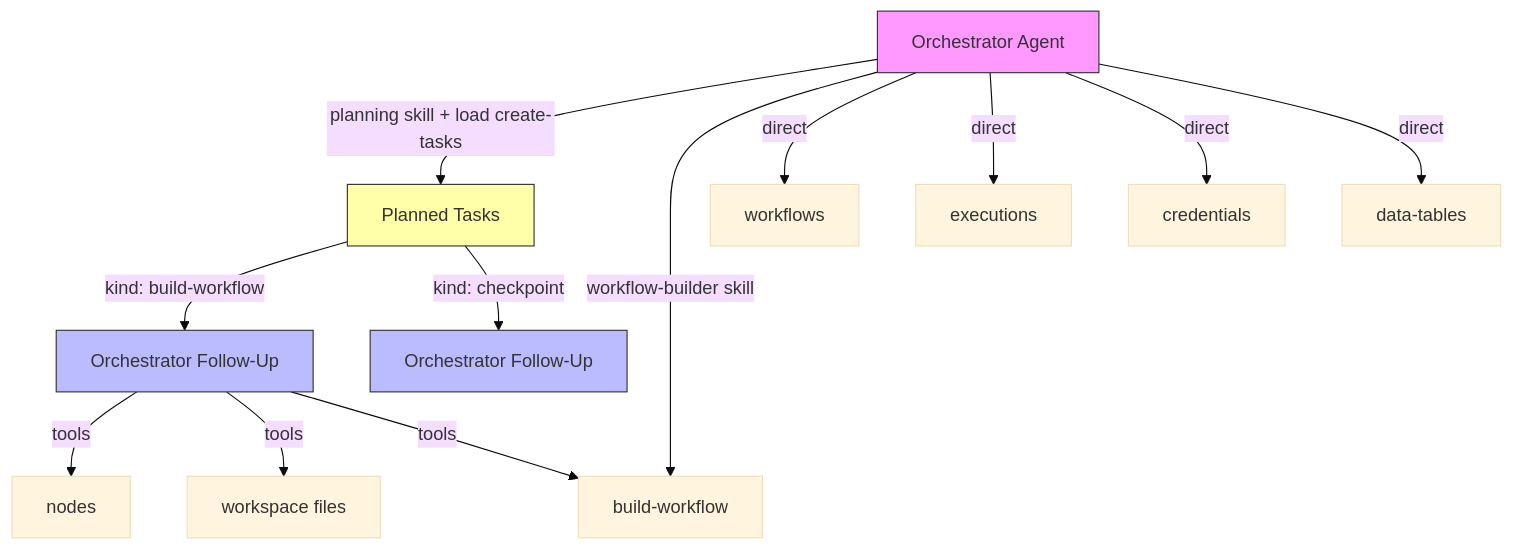
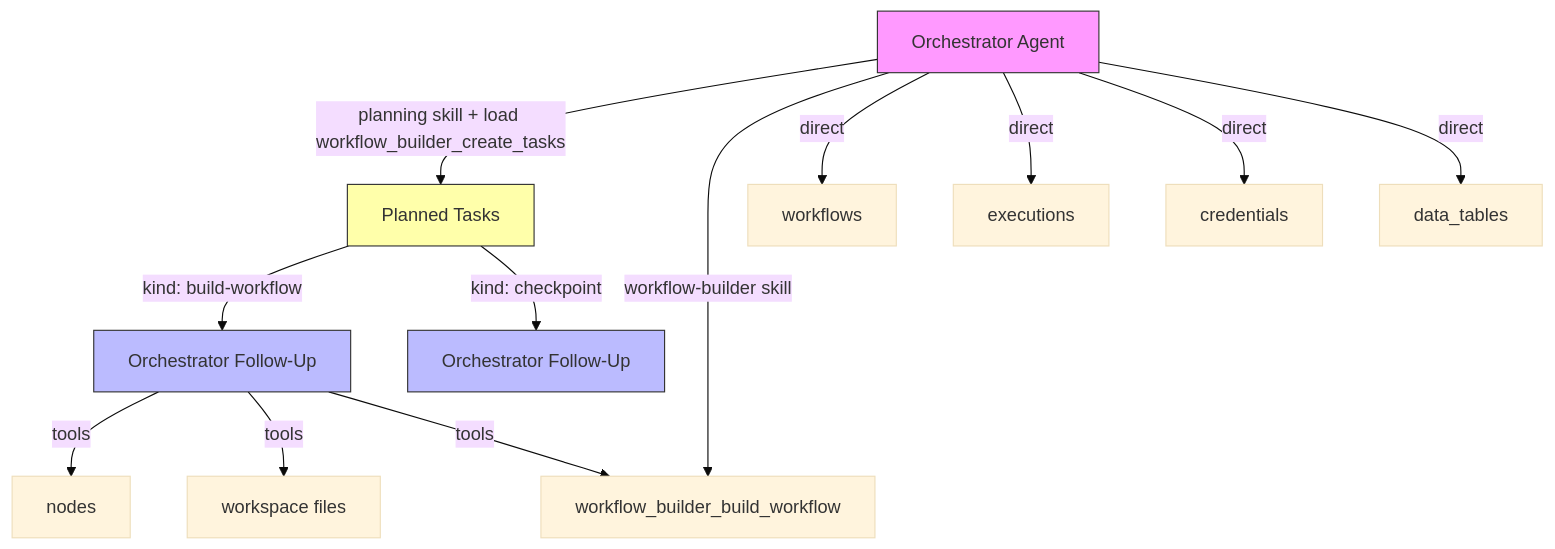
One commit to sreent/n8n changed the second of 2 diagrams in packages/@n8n/instance-ai/docs/architecture.md. Above: the diagram before and after it, drawn with Mermaid (base theme). The commit also changed other lines of this file and 7993 other files, not shown here.

````diff
--- a/packages/@n8n/instance-ai/docs/architecture.md
+++ b/packages/@n8n/instance-ai/docs/architecture.md
@@ -119,21 +134,21 @@
 ```mermaid
 graph TD
-    O[Orchestrator Agent] -->|planning skill + load create-tasks| S3[Planned Tasks]
-    O -->|workflow-builder skill| T10[build-workflow]
+    O[Orchestrator Agent] -->|planning skill + load workflow_builder_create_tasks| S3[Planned Tasks]
+    O -->|workflow-builder skill| T10[workflow_builder_build_workflow]
     O -->|direct| T1[workflows]
     O -->|direct| T2[executions]
     O -->|direct| T3[credentials]
-    O -->|direct| T5[data-tables]
+    O -->|direct| T5[data_tables]
 
     S3 -->|kind: build-workflow| S4[Orchestrator Follow-Up]
     S3 -->|kind: checkpoint| S6[Orchestrator Follow-Up]
 
     S4 -->|tools| T8[nodes]
     S4 -->|tools| T9[workspace files]
     S4 -->|tools| T10
 
     style O fill:#f9f,stroke:#333
     style S3 fill:#ffa,stroke:#333
     style S4 fill:#bbf,stroke:#333
     style S6 fill:#bbf,stroke:#333
 ```
````
